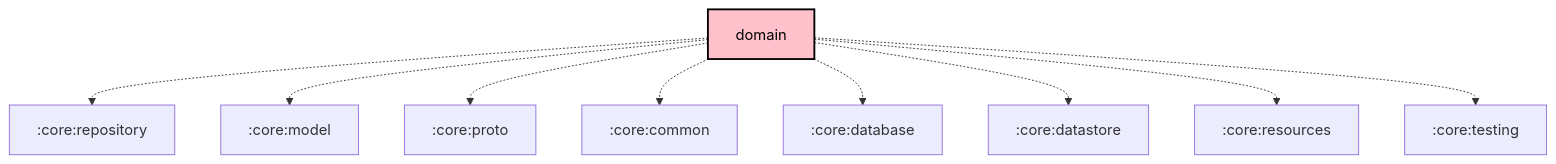
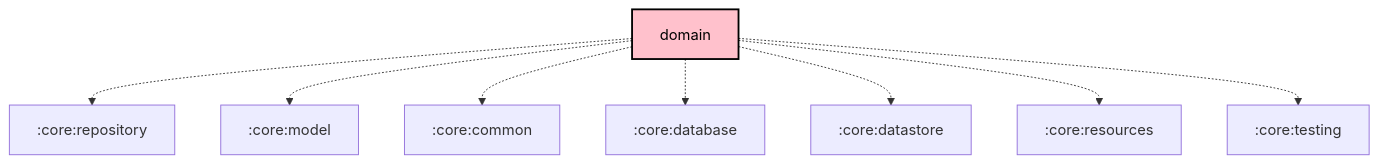
One commit to meshtastic/Meshtastic-Android changed the diagram in core/domain/README.md. Above: the diagram before and after it, drawn with Mermaid. The commit also changed 17 other files, not shown here.

First line of the commit message:
chore: Scheduled updates (Firmware, Hardware, Translations, Graphs)

````diff
--- a/core/domain/README.md
+++ b/core/domain/README.md
@@ -114,26 +114,25 @@
 ```mermaid
 graph TB
   :core:domain[domain]:::kmp-library
   :core:domain -.-> :core:repository
   :core:domain -.-> :core:model
-  :core:domain -.-> :core:proto
   :core:domain -.-> :core:common
   :core:domain -.-> :core:database
   :core:domain -.-> :core:datastore
   :core:domain -.-> :core:resources
   :core:domain -.-> :core:testing
 
 classDef android-application fill:#CAFFBF,stroke:#000,stroke-width:2px,color:#000;
 classDef android-application-compose fill:#CAFFBF,stroke:#000,stroke-width:2px,color:#000;
 classDef compose-desktop-application fill:#CAFFBF,stroke:#000,stroke-width:2px,color:#000;
 classDef android-feature fill:#FFD6A5,stroke:#000,stroke-width:2px,color:#000;
 classDef android-library fill:#9BF6FF,stroke:#000,stroke-width:2px,color:#000;
 classDef android-library-compose fill:#9BF6FF,stroke:#000,stroke-width:2px,color:#000;
 classDef android-test fill:#A0C4FF,stroke:#000,stroke-width:2px,color:#000;
 classDef jvm-library fill:#BDB2FF,stroke:#000,stroke-width:2px,color:#000;
 classDef kmp-feature fill:#FFD6A5,stroke:#000,stroke-width:2px,color:#000;
 classDef kmp-library-compose fill:#FFC1CC,stroke:#000,stroke-width:2px,color:#000;
 classDef kmp-library fill:#FFC1CC,stroke:#000,stroke-width:2px,color:#000;
 classDef unknown fill:#FFADAD,stroke:#000,stroke-width:2px,color:#000;
 
 ```
````
